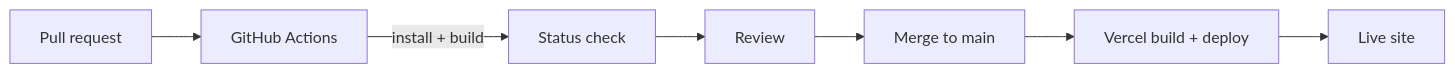
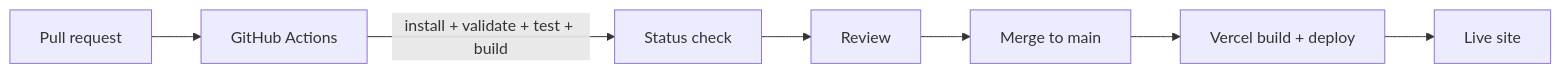
Before and after one commit to breeze-sn/Atria: the diagram in docs/deployment/ci-cd.md, drawn with Mermaid. The commit also changed other lines of this file and 31 other files, not shown here.

````diff
--- a/docs/deployment/ci-cd.md
+++ b/docs/deployment/ci-cd.md
@@ -101,9 +99,9 @@
 ```mermaid
 flowchart LR
   PR[Pull request] --> CI[GitHub Actions]
-  CI -->|install + build| Status[Status check]
+  CI -->|install + validate + test + build| Status[Status check]
   Status --> Review[Review]
   Review --> Merge[Merge to main]
   Merge --> Vercel[Vercel build + deploy]
   Vercel --> Live[Live site]
 ```
````
